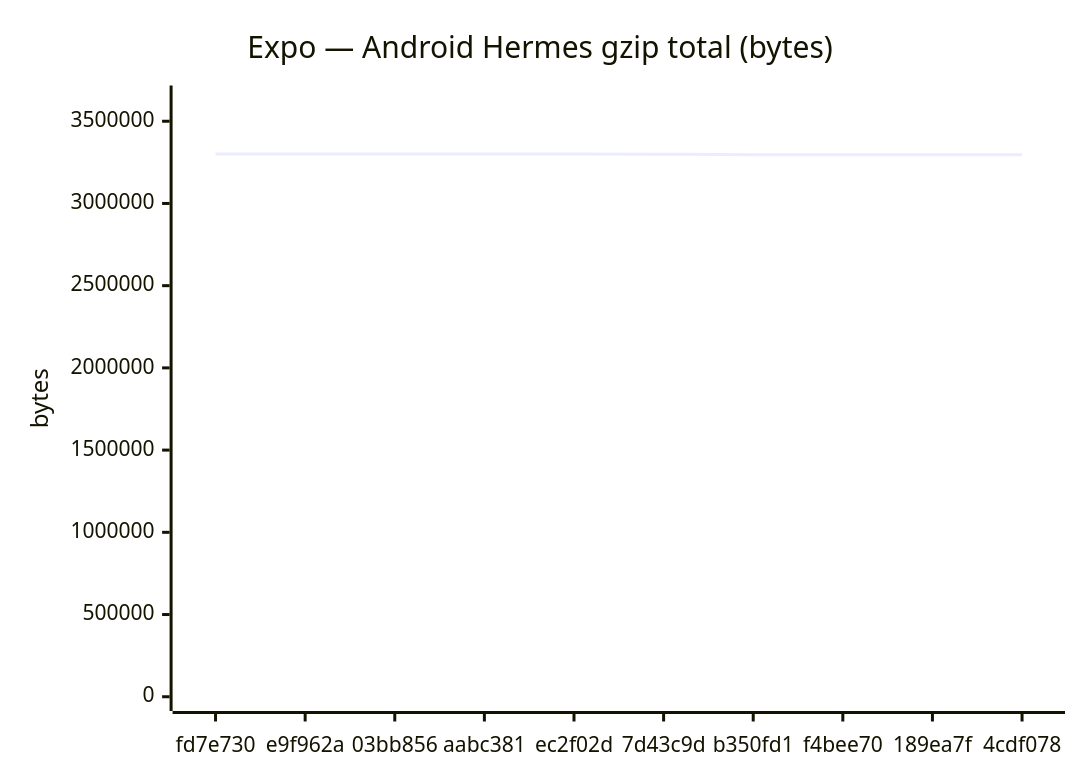
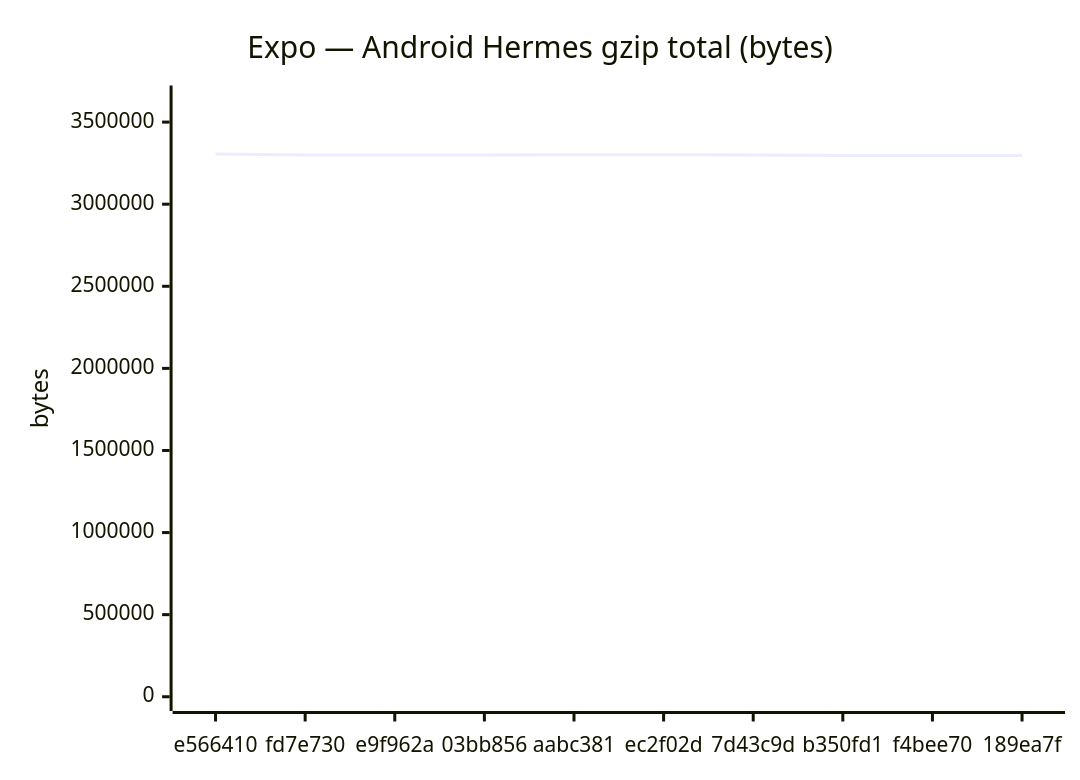
Before and after one commit to Metaheurist/Rianell: the fifth of 18 diagrams in benchmarks/compare.md, drawn with Mermaid. The commit also changed other lines of this file and 11 other files, not shown here.

````diff
--- a/benchmarks/compare.md
+++ b/benchmarks/compare.md
@@ -89,7 +89,7 @@
 ```mermaid
 xychart-beta
     title "Expo — Android Hermes gzip total (bytes)"
-    x-axis ["fd7e730", "e9f962a", "03bb856", "aabc381", "ec2f02d", "7d43c9d", "b350fd1", "f4bee70", "189ea7f", "4cdf078"]
-    y-axis "bytes" 0 --> 3630694
-    line [3300038, 3300034, 3300038, 3300630, 3300522, 3299950, 3296025, 3296632, 3296023, 3295973]
+    x-axis ["e566410", "fd7e730", "e9f962a", "03bb856", "aabc381", "ec2f02d", "7d43c9d", "b350fd1", "f4bee70", "189ea7f"]
+    y-axis "bytes" 0 --> 3636104
+    line [3305549, 3300038, 3300034, 3300038, 3300630, 3300522, 3299950, 3296025, 3296632, 3296023]
 ```
````
